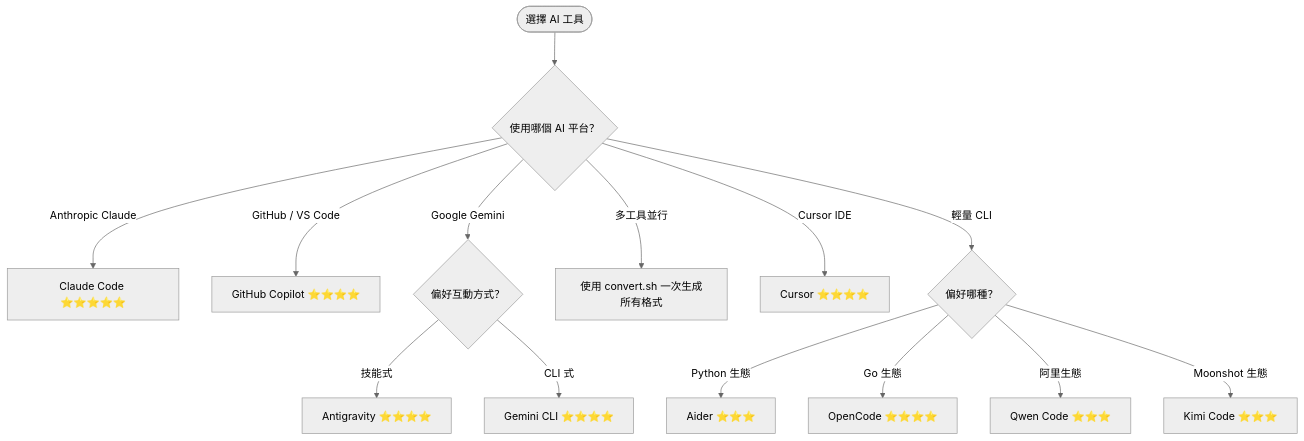
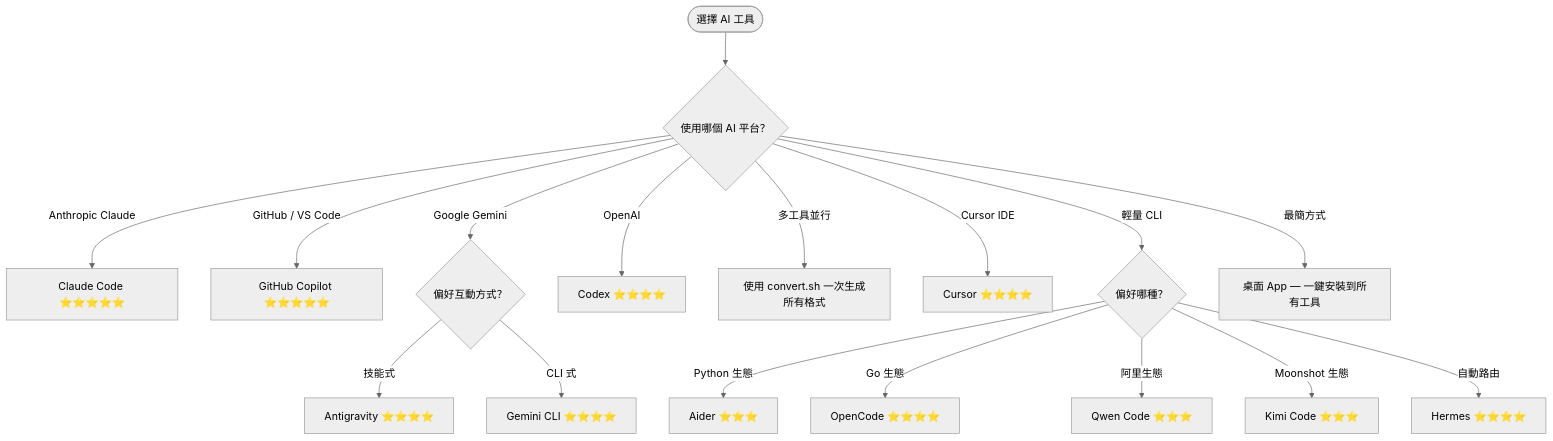
The sixth of 15 diagrams in content/posts/教學/AI開發/agency-agents教學手冊.md (chihhung/Blog), drawn with Mermaid (neutral theme) before and after one commit. The commit also changed other lines of this file and 8 other files, not shown here.

````diff
--- a/content/posts/教學/AI開發/agency-agents教學手冊.md
+++ b/content/posts/教學/AI開發/agency-agents教學手冊.md
@@ -1196,16 +1458,19 @@
 ```mermaid
 graph TD
     START([選擇 AI 工具]) --> Q1{使用哪個 AI 平台？}
     Q1 -->|Anthropic Claude| CC[Claude Code ⭐⭐⭐⭐⭐]
-    Q1 -->|GitHub / VS Code| CP[GitHub Copilot ⭐⭐⭐⭐]
+    Q1 -->|GitHub / VS Code| CP[GitHub Copilot ⭐⭐⭐⭐⭐]
     Q1 -->|Google Gemini| AG{偏好互動方式？}
     AG -->|技能式| ANTI[Antigravity ⭐⭐⭐⭐]
     AG -->|CLI 式| GEM[Gemini CLI ⭐⭐⭐⭐]
+    Q1 -->|OpenAI| CODEX[Codex ⭐⭐⭐⭐]
     Q1 -->|多工具並行| MULTI[使用 convert.sh 一次生成所有格式]
     Q1 -->|Cursor IDE| CUR[Cursor ⭐⭐⭐⭐]
     Q1 -->|輕量 CLI| Q2{偏好哪種？}
     Q2 -->|Python 生態| AIDER[Aider ⭐⭐⭐]
     Q2 -->|Go 生態| OC[OpenCode ⭐⭐⭐⭐]
     Q2 -->|阿里生態| QW[Qwen Code ⭐⭐⭐]
     Q2 -->|Moonshot 生態| KIMI[Kimi Code ⭐⭐⭐]
+    Q2 -->|自動路由| HERMES[Hermes ⭐⭐⭐⭐]
+    Q1 -->|最簡方式| APP[桌面 App — 一鍵安裝到所有工具]
 ```
````
